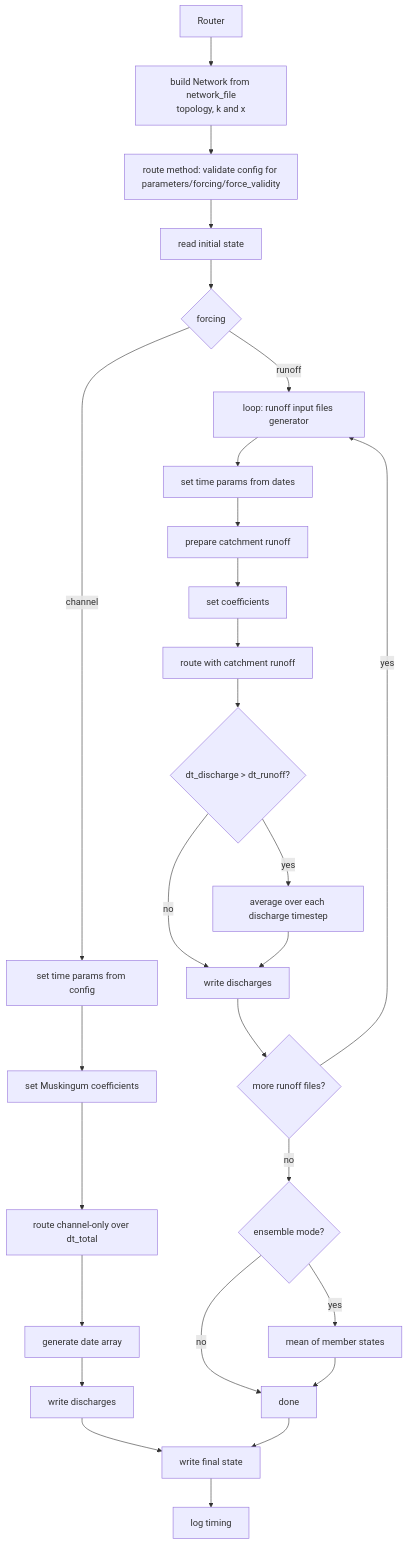
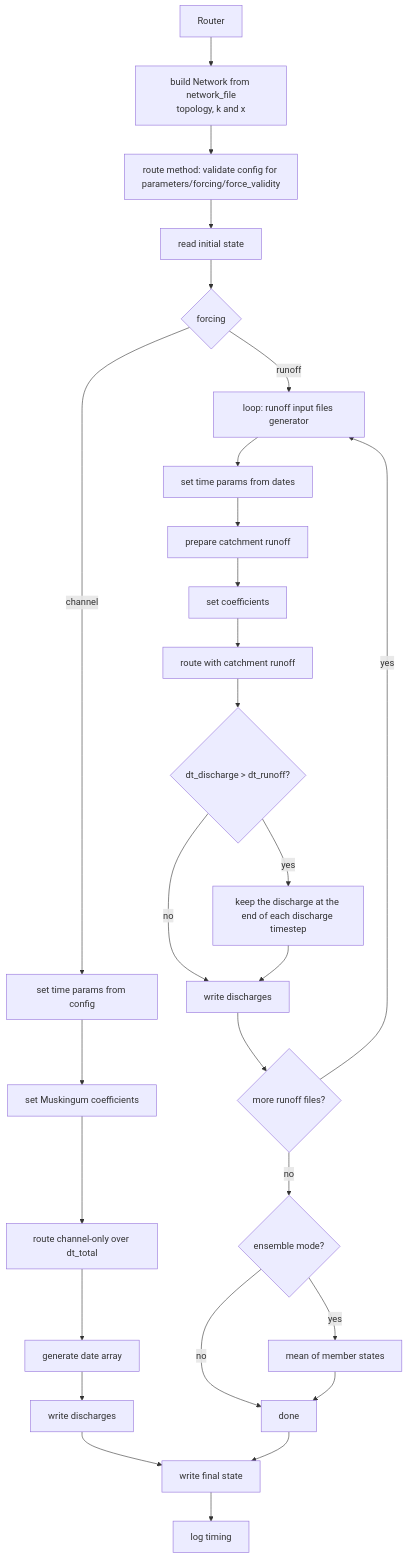
One commit to rileyhales/river-route changed the diagram in docs/tutorial/advanced.md. Above: the diagram before and after it, drawn with Mermaid. The commit also changed other lines of this file and 24 other files, not shown here.

````diff
--- a/docs/tutorial/advanced.md
+++ b/docs/tutorial/advanced.md
@@ -3,33 +3,33 @@
 ```mermaid
 graph TD
     A[Router] --> C[build Network from network_file<br/>topology, k and x]
     C --> B[route method: validate config for parameters/forcing/force_validity]
     B --> D[read initial state]
     D --> E{forcing}
 
     E -->|channel| F[set time params from config]
     F --> G[set Muskingum coefficients]
     G --> H[route channel-only over dt_total]
     H --> I[generate date array]
     I --> J[write discharges]
 
     E -->|runoff| K[loop: runoff input files generator]
     K --> L[set time params from dates]
     L --> M[prepare catchment runoff]
     M --> N[set coefficients]
     N --> O[route with catchment runoff]
     O --> P{dt_discharge > dt_runoff?}
-    P -->|yes| Q[average over each discharge timestep]
+    P -->|yes| Q[keep the discharge at the end of each discharge timestep]
     P -->|no| R[write discharges]
     Q --> R
     R --> S{more runoff files?}
     S -->|yes| K
     S -->|no| T{ensemble mode?}
     T -->|yes| U[mean of member states]
     T -->|no| V[done]
     U --> V
 
     J --> W[write final state]
     V --> W
     W --> X[log timing]
 ```
````
